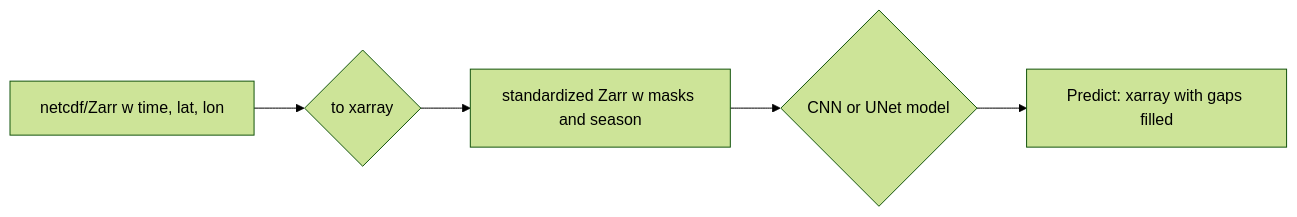
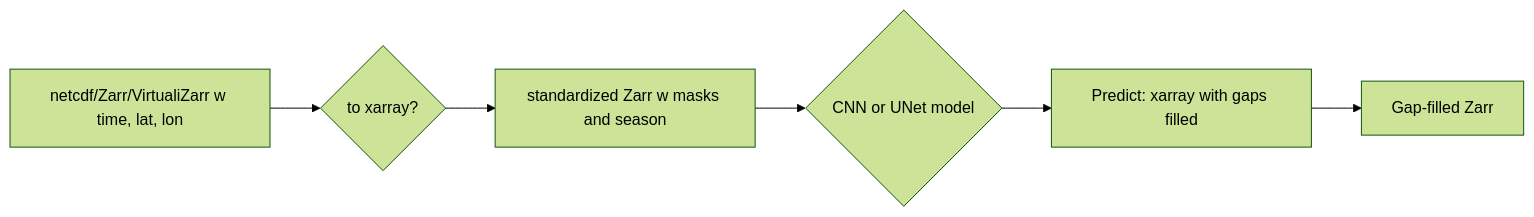
One commit to SAFS-Varanasi-Internship/mindthegap changed the first of 2 diagrams in README.md. Above: the diagram before and after it, drawn with Mermaid (forest theme). The commit also changed other lines of this file, not shown here.

````diff
--- a/README.md
+++ b/README.md
@@ -7,7 +6,8 @@
 ```mermaid
 graph LR
-  A[netcdf/Zarr w time, lat, lon] --> G{to xarray}
+  A[netcdf/Zarr/VirtualiZarr w time, lat, lon] --> G{to xarray?}
   G --> C[standardized Zarr w masks and season]
   C --> D{CNN or UNet model}
   D --> E[Predict: xarray with gaps filled]
+  E --> F[Gap-filled Zarr]
 ```
````
